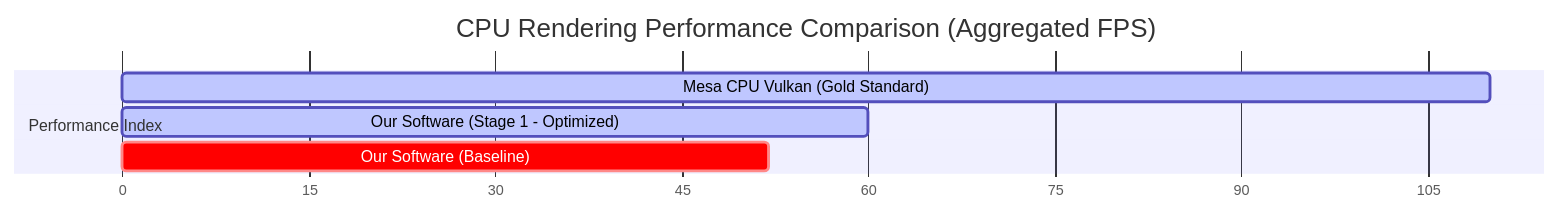
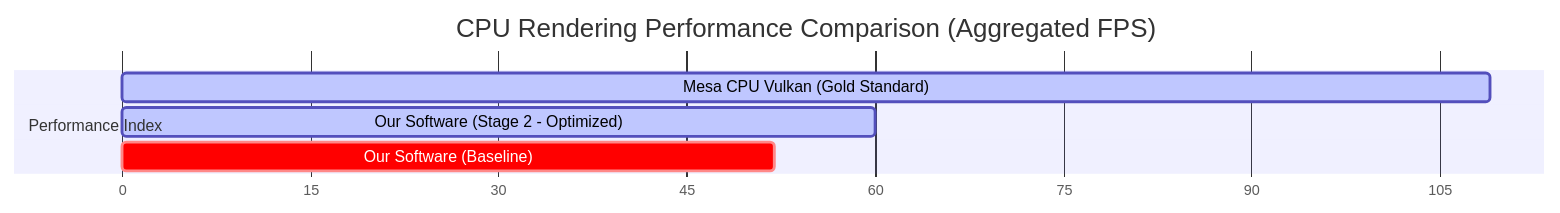
Before and after one commit to eugenenuke/glide-ng: the diagram in docs/software_performance_tracker.md, drawn with Mermaid. The commit also changed other lines of this file and 1 other file, not shown here.

Commit message:
Implement Stage 2 Optimized Bilinear Texture Lookups, achieving a +36.0% speedup in test17 and +34.4% in test18!

````diff
--- a/docs/software_performance_tracker.md
+++ b/docs/software_performance_tracker.md
@@ -98,10 +83,10 @@
 ```mermaid
 gantt
     title CPU Rendering Performance Comparison (Aggregated FPS)
     dateFormat  X
     axisFormat %s
     section Performance Index
-    Mesa CPU Vulkan (Gold Standard)      : active, 0, 110
-    Our Software (Stage 1 - Optimized)   : active, 0, 60
+    Mesa CPU Vulkan (Gold Standard)      : active, 0, 109
+    Our Software (Stage 2 - Optimized)   : active, 0, 60
     Our Software (Baseline)              : crit, 0, 52
 ```
````
